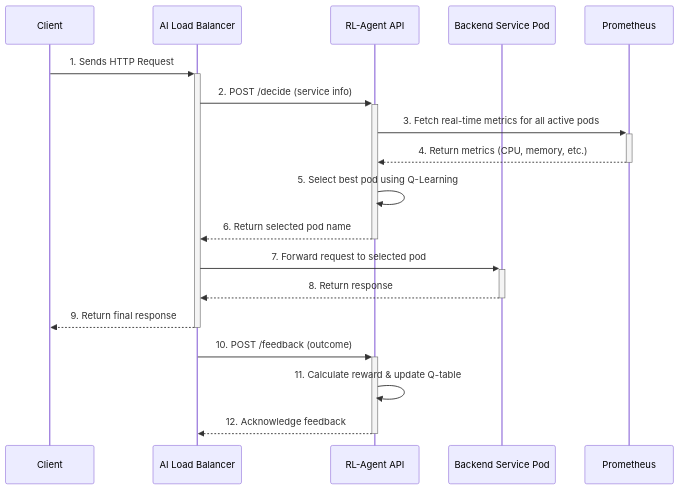
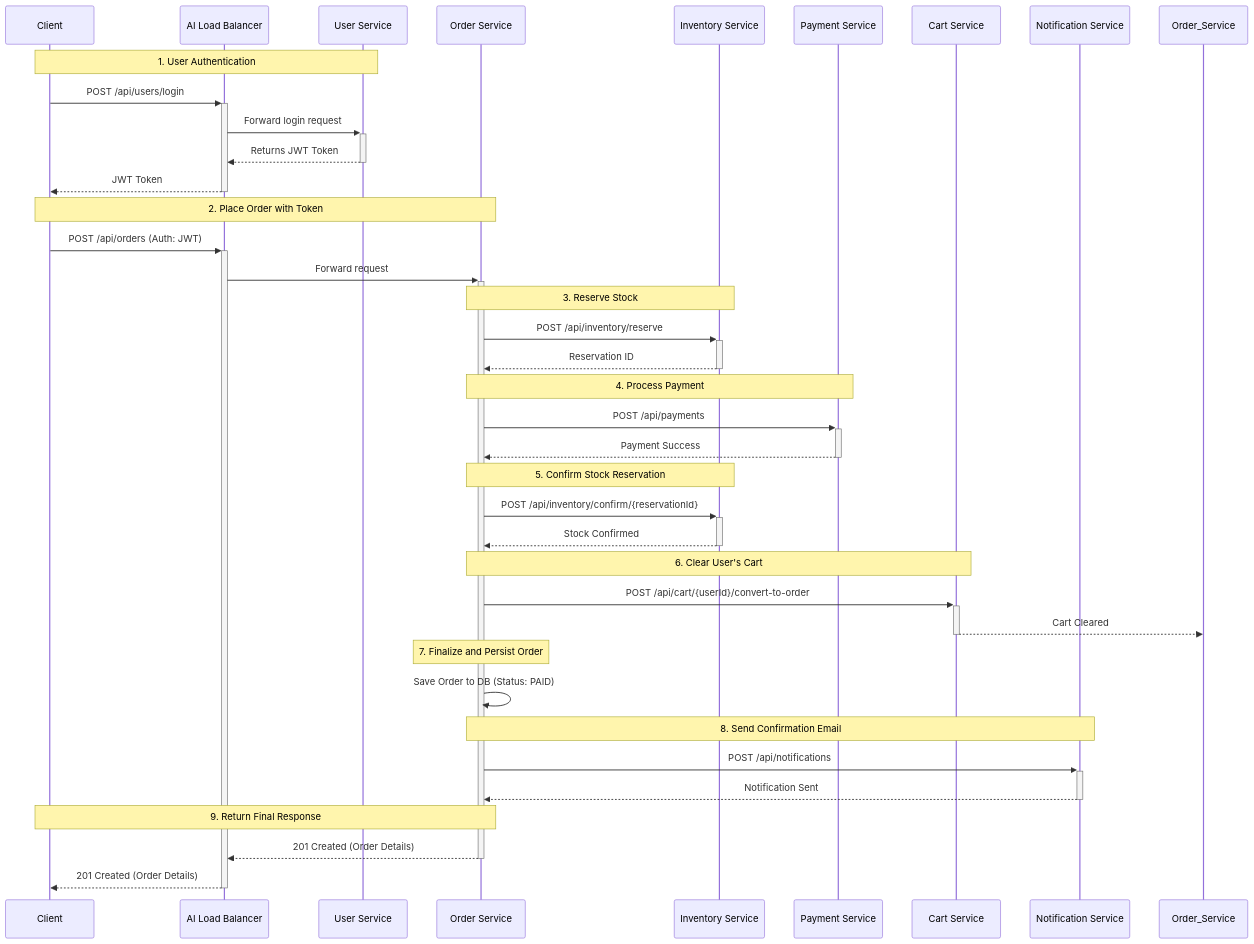
One commit to subhatanay/ai-loadbalancer changed the second of 3 diagrams in AI_Load_Balancer_Dissertation_Report.md. Above: the diagram before and after it, drawn with Mermaid. The commit also changed other lines of this file, not shown here.

````diff
--- a/AI_Load_Balancer_Dissertation_Report.md
+++ b/AI_Load_Balancer_Dissertation_Report.md
@@ -355,21 +346,48 @@
 ```mermaid
 sequenceDiagram
     participant Client
-    participant LoadBalancer as AI Load Balancer
-    participant RLAgent as RL-Agent API
-    participant Service as Backend Service Pod
-    participant Prometheus
+    participant AILoadBalancer as AI Load Balancer
+    participant UserService as User Service
+    participant OrderService as Order Service
+    participant InventoryService as Inventory Service
+    participant PaymentService as Payment Service
+    participant CartService as Cart Service
+    participant NotificationService as Notification Service
 
-    Client->>+LoadBalancer: 1. Sends HTTP Request
-    LoadBalancer->>+RLAgent: 2. POST /decide (service info)
-    RLAgent->>+Prometheus: 3. Fetch real-time metrics for all active pods
-    Prometheus-->>-RLAgent: 4. Return metrics (CPU, memory, etc.)
-    RLAgent->>RLAgent: 5. Select best pod using Q-Learning
-    RLAgent-->>-LoadBalancer: 6. Return selected pod name
-    LoadBalancer->>+Service: 7. Forward request to selected pod
-    Service-->>-LoadBalancer: 8. Return response
-    LoadBalancer-->>-Client: 9. Return final response
-    LoadBalancer->>+RLAgent: 10. POST /feedback (outcome)
-    RLAgent->>RLAgent: 11. Calculate reward & update Q-table
-    RLAgent-->>-LoadBalancer: 12. Acknowledge feedback
+    Note over Client, UserService: 1. User Authentication
+    Client->>+AILoadBalancer: POST /api/users/login
+    AILoadBalancer->>+UserService: Forward login request
+    UserService-->>-AILoadBalancer: Returns JWT Token
+    AILoadBalancer-->>-Client: JWT Token
+
+    Note over Client, OrderService: 2. Place Order with Token
+    Client->>+AILoadBalancer: POST /api/orders (Auth: JWT)
+    AILoadBalancer->>+OrderService: Forward request
+
+    Note over OrderService, InventoryService: 3. Reserve Stock
+    OrderService->>+InventoryService: POST /api/inventory/reserve
+    InventoryService-->>-OrderService: Reservation ID
+
+    Note over OrderService, PaymentService: 4. Process Payment
+    OrderService->>+PaymentService: POST /api/payments
+    PaymentService-->>-OrderService: Payment Success
+
+    Note over OrderService, InventoryService: 5. Confirm Stock Reservation
+    OrderService->>+InventoryService: POST /api/inventory/confirm/{reservationId}
+    InventoryService-->>-OrderService: Stock Confirmed
+
+    Note over OrderService, CartService: 6. Clear User's Cart
+    OrderService->>+CartService: POST /api/cart/{userId}/convert-to-order
+    CartService-->>-Order_Service: Cart Cleared
+
+    Note over OrderService, OrderService: 7. Finalize and Persist Order
+    OrderService->>OrderService: Save Order to DB (Status: PAID)
+
+    Note over OrderService, NotificationService: 8. Send Confirmation Email
+    OrderService->>+NotificationService: POST /api/notifications
+    NotificationService-->>-OrderService: Notification Sent
+
+    Note over OrderService, Client: 9. Return Final Response
+    OrderService-->>-AILoadBalancer: 201 Created (Order Details)
+    AILoadBalancer-->>-Client: 201 Created (Order Details)
 ```
````
